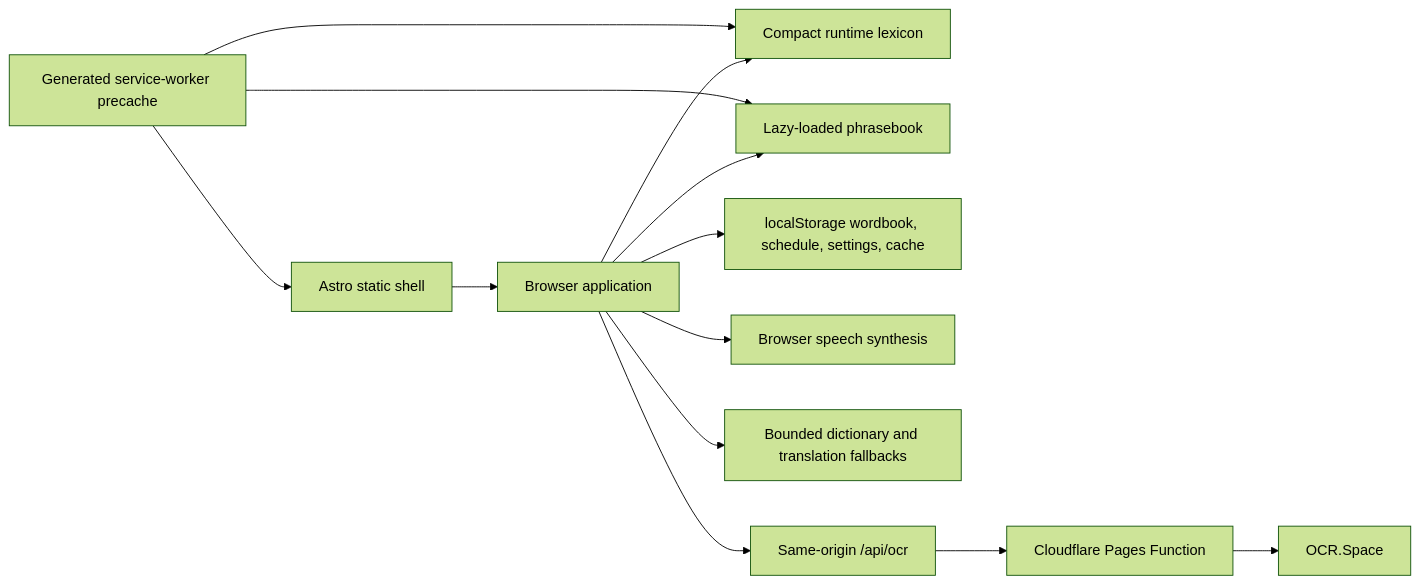
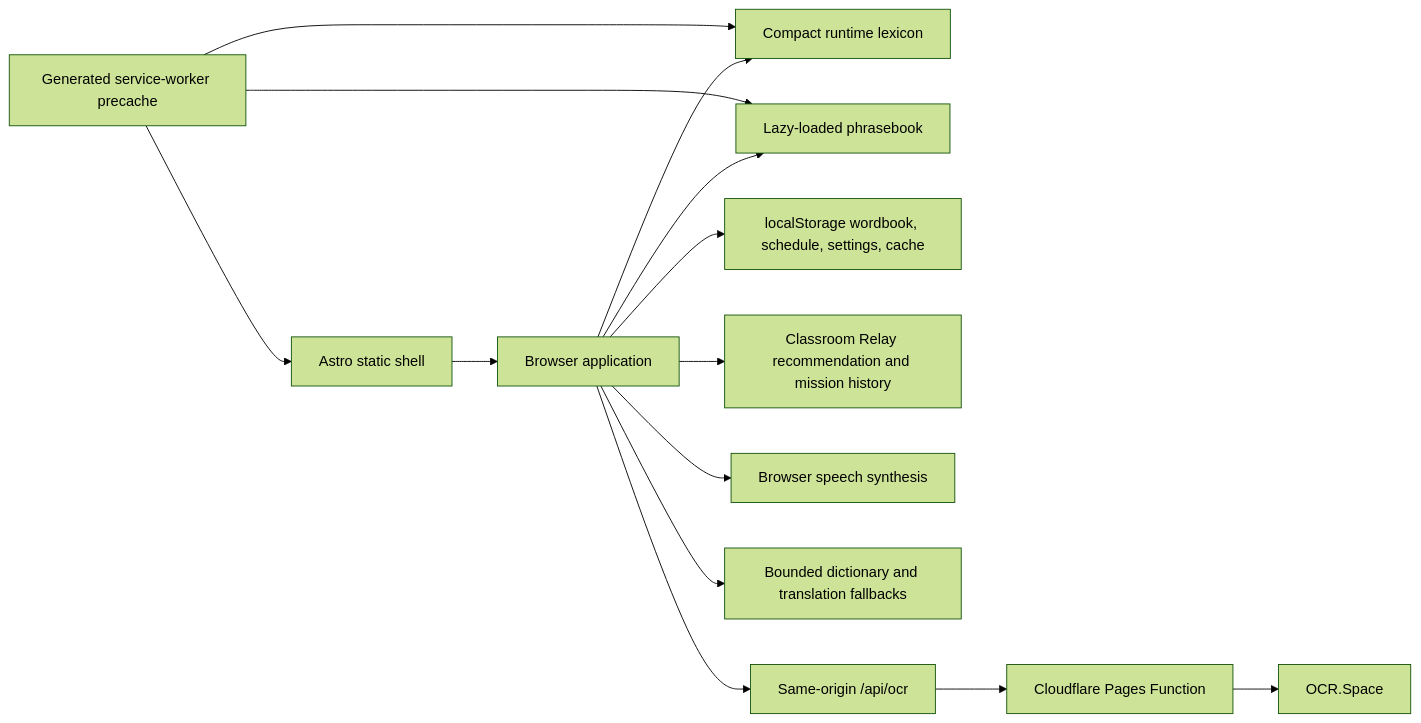
Before and after one commit to VeteranXYZ/LuciaDictionary: the diagram in README.md, drawn with Mermaid (forest theme). The commit also changed other lines of this file and 14 other files, not shown here.

Commit message:
feat: add Classroom Relay learning missions

````diff
--- a/README.md
+++ b/README.md
@@ -17,15 +44,16 @@
 ```mermaid
 flowchart LR
   A["Astro static shell"] --> B["Browser application"]
   B --> C["Compact runtime lexicon"]
   B --> D["Lazy-loaded phrasebook"]
   B --> E["localStorage wordbook, schedule, settings, cache"]
+  B --> L["Classroom Relay recommendation and mission history"]
   B --> F["Browser speech synthesis"]
   B --> G["Bounded dictionary and translation fallbacks"]
   B --> H["Same-origin /api/ocr"]
   H --> I["Cloudflare Pages Function"]
   I --> J["OCR.Space"]
   K["Generated service-worker precache"] --> A
   K --> C
   K --> D
 ```
````
